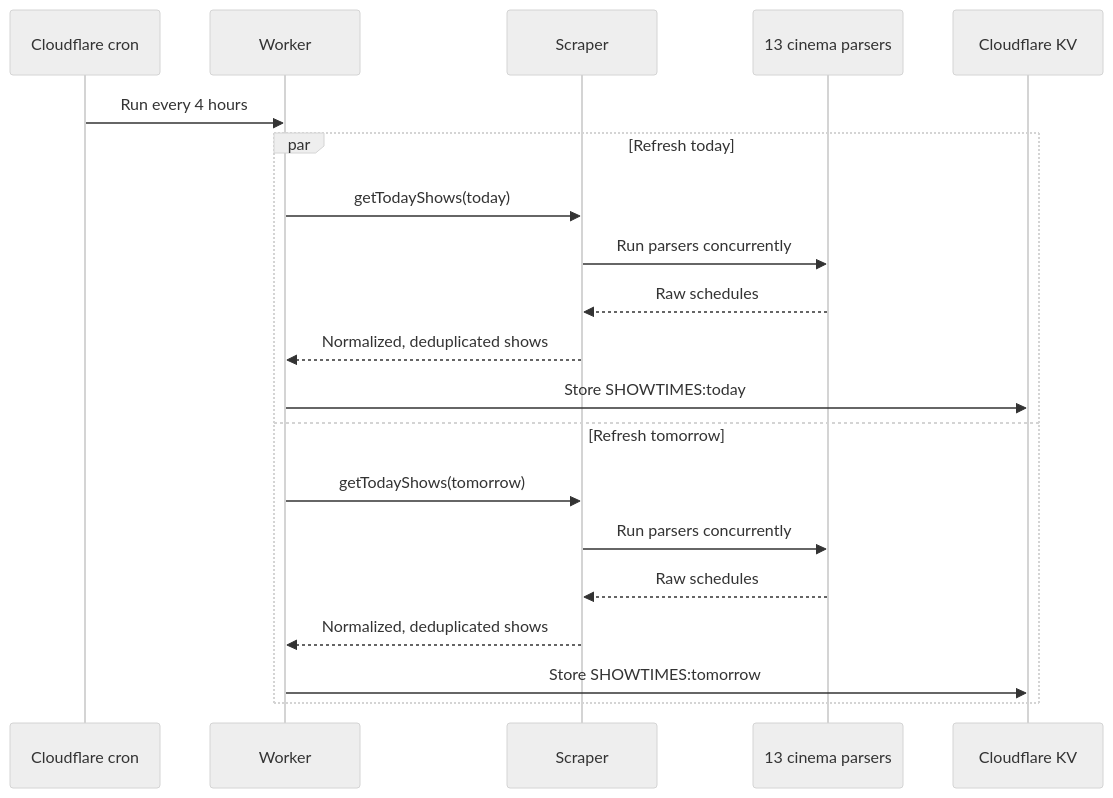
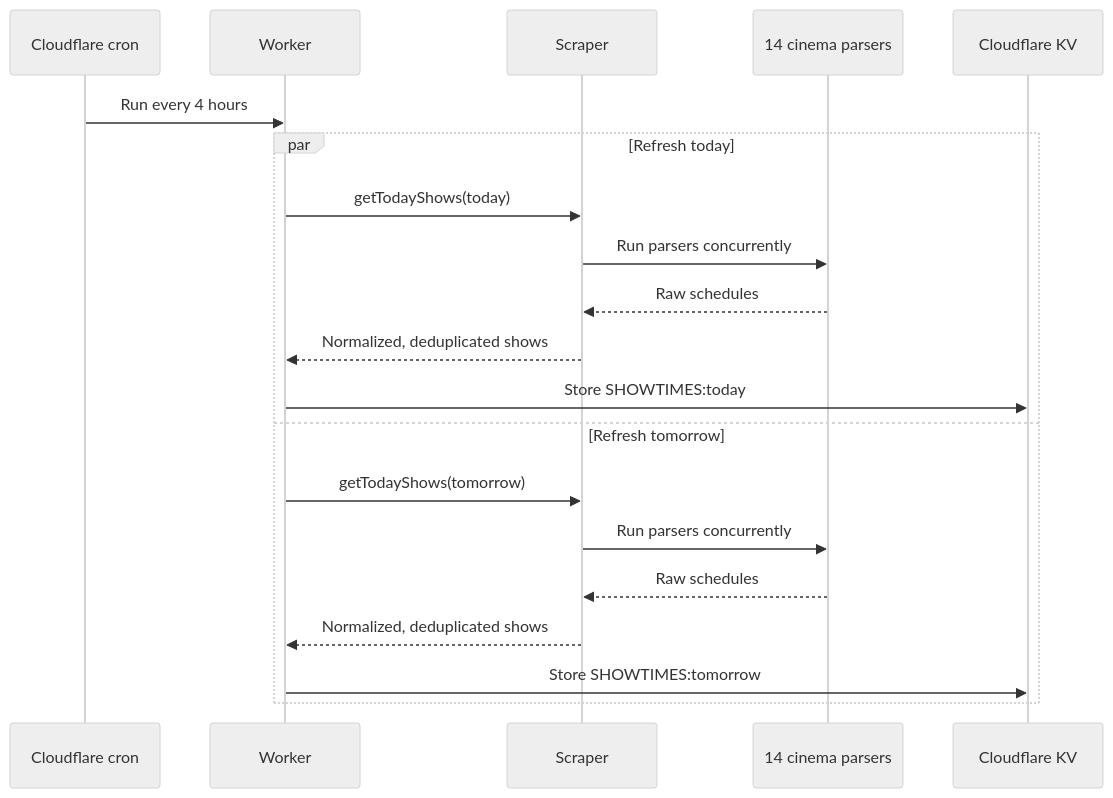
Before and after one commit to herol3oy/kinoradar: the second of 2 diagrams in README.md, drawn with Mermaid (neutral theme). The commit also changed other lines of this file and 7 other files, not shown here.

````diff
--- a/README.md
+++ b/README.md
@@ -51,23 +51,23 @@
 ```mermaid
 sequenceDiagram
     participant C as Cloudflare cron
     participant W as Worker
     participant S as Scraper
-    participant P as 13 cinema parsers
+    participant P as 14 cinema parsers
     participant K as Cloudflare KV
 
     C->>W: Run every 4 hours
     par Refresh today
         W->>S: getTodayShows(today)
         S->>P: Run parsers concurrently
         P-->>S: Raw schedules
         S-->>W: Normalized, deduplicated shows
         W->>K: Store SHOWTIMES:today
     and Refresh tomorrow
         W->>S: getTodayShows(tomorrow)
         S->>P: Run parsers concurrently
         P-->>S: Raw schedules
         S-->>W: Normalized, deduplicated shows
         W->>K: Store SHOWTIMES:tomorrow
     end
 ```
````
